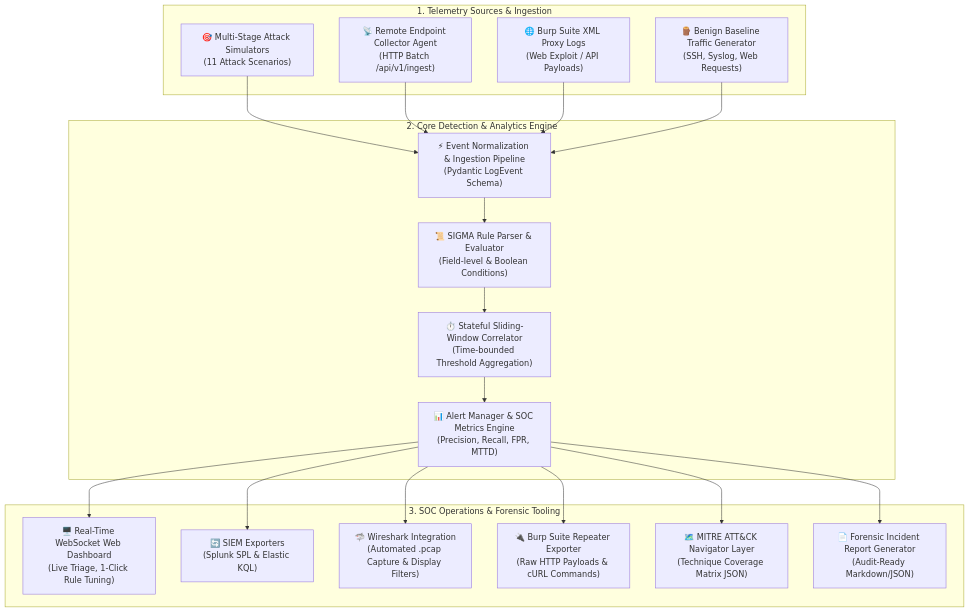
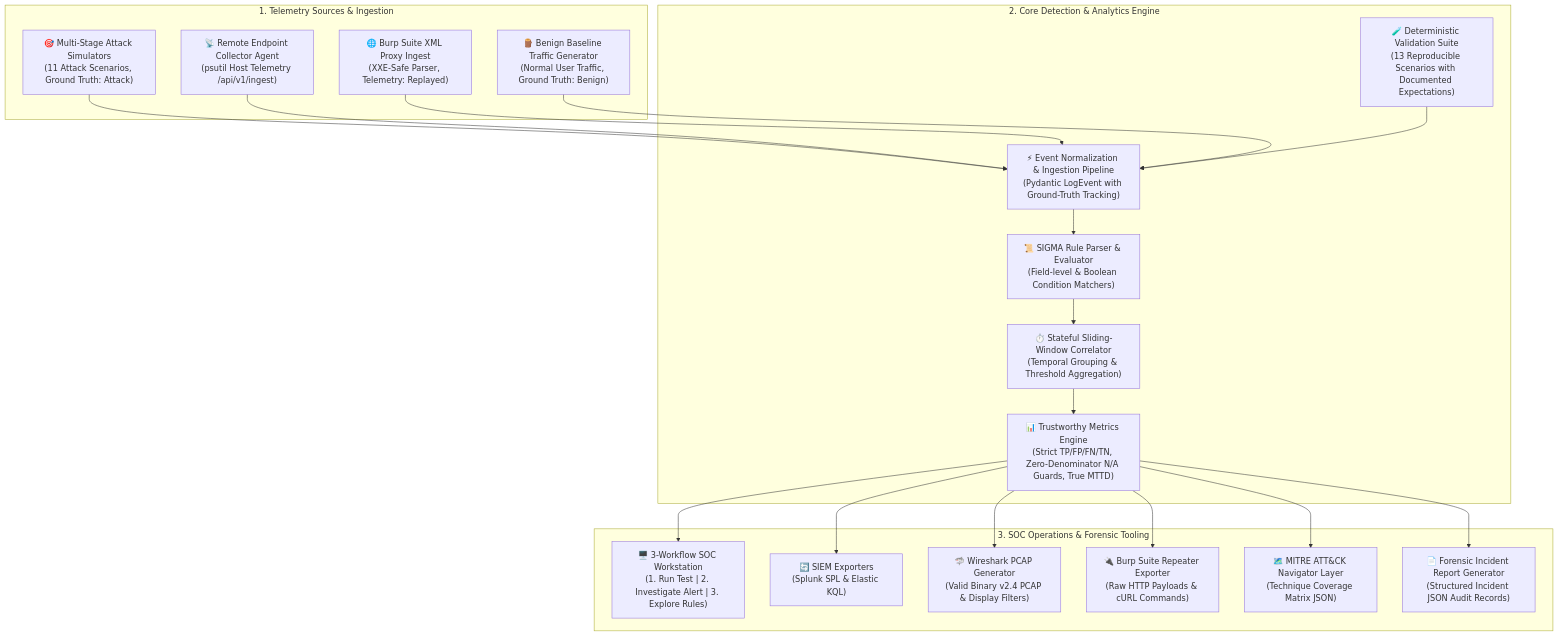
The diagram in README.md (kaushalhemant/soc-telemetry-detection-lab), drawn with Mermaid before and after one commit. The commit also changed other lines of this file and 14 other files, not shown here.

````diff
--- a/README.md
+++ b/README.md
@@ -16,39 +16,41 @@
 ```mermaid
 flowchart TD
     subgraph Telemetry Sources ["1. Telemetry Sources & Ingestion"]
-        A1["🎯 Multi-Stage Attack Simulators<br/>(11 Attack Scenarios)"]
-        A2["📡 Remote Endpoint Collector Agent<br/>(HTTP Batch /api/v1/ingest)"]
-        A3["🌐 Burp Suite XML Proxy Logs<br/>(Web Exploit / API Payloads)"]
-        A4["🪵 Benign Baseline Traffic Generator<br/>(SSH, Syslog, Web Requests)"]
+        A1["🎯 Multi-Stage Attack Simulators<br/>(11 Attack Scenarios, Ground Truth: Attack)"]
+        A2["📡 Remote Endpoint Collector Agent<br/>(psutil Host Telemetry /api/v1/ingest)"]
+        A3["🌐 Burp Suite XML Proxy Ingest<br/>(XXE-Safe Parser, Telemetry: Replayed)"]
+        A4["🪵 Benign Baseline Traffic Generator<br/>(Normal User Traffic, Ground Truth: Benign)"]
     end
 
     subgraph Core Engine ["2. Core Detection & Analytics Engine"]
-        B1["⚡ Event Normalization & Ingestion Pipeline<br/>(Pydantic LogEvent Schema)"]
-        B2["📜 SIGMA Rule Parser & Evaluator<br/>(Field-level & Boolean Conditions)"]
-        B3["⏱️ Stateful Sliding-Window Correlator<br/>(Time-bounded Threshold Aggregation)"]
-        B4["📊 Alert Manager & SOC Metrics Engine<br/>(Precision, Recall, FPR, MTTD)"]
+        B1["⚡ Event Normalization & Ingestion Pipeline<br/>(Pydantic LogEvent with Ground-Truth Tracking)"]
+        B2["📜 SIGMA Rule Parser & Evaluator<br/>(Field-level & Boolean Condition Matchers)"]
+        B3["⏱️ Stateful Sliding-Window Correlator<br/>(Temporal Grouping & Threshold Aggregation)"]
+        B4["📊 Trustworthy Metrics Engine<br/>(Strict TP/FP/FN/TN, Zero-Denominator N/A Guards, True MTTD)"]
+        B5["🧪 Deterministic Validation Suite<br/>(13 Reproducible Scenarios with Documented Expectations)"]
     end
 
     subgraph Analyst Tooling ["3. SOC Operations & Forensic Tooling"]
-        C1["🖥️ Real-Time WebSocket Web Dashboard<br/>(Live Triage, 1-Click Rule Tuning)"]
+        C1["🖥️ 3-Workflow SOC Workstation<br/>(1. Run Test | 2. Investigate Alert | 3. Explore Rules)"]
         C2["🔄 SIEM Exporters<br/>(Splunk SPL & Elastic KQL)"]
-        C3["🦈 Wireshark Integration<br/>(Automated .pcap Capture & Display Filters)"]
+        C3["🦈 Wireshark PCAP Generator<br/>(Valid Binary v2.4 PCAP & Display Filters)"]
         C4["🔌 Burp Suite Repeater Exporter<br/>(Raw HTTP Payloads & cURL Commands)"]
         C5["🗺️ MITRE ATT&CK Navigator Layer<br/>(Technique Coverage Matrix JSON)"]
-        C6["📄 Forensic Incident Report Generator<br/>(Audit-Ready Markdown/JSON)"]
+        C6["📄 Forensic Incident Report Generator<br/>(Structured Incident JSON Audit Records)"]
     end
 
     A1 --> B1
     A2 --> B1
     A3 --> B1
     A4 --> B1
     B1 --> B2
     B2 --> B3
     B3 --> B4
+    B5 --> B1
     B4 --> C1
     B4 --> C2
     B4 --> C3
     B4 --> C4
     B4 --> C5
     B4 --> C6
 ```
````
